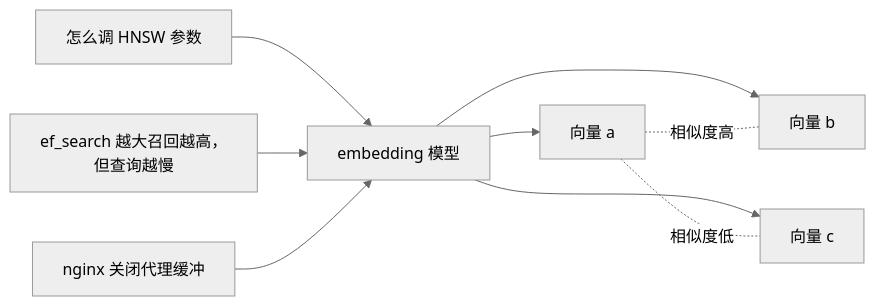
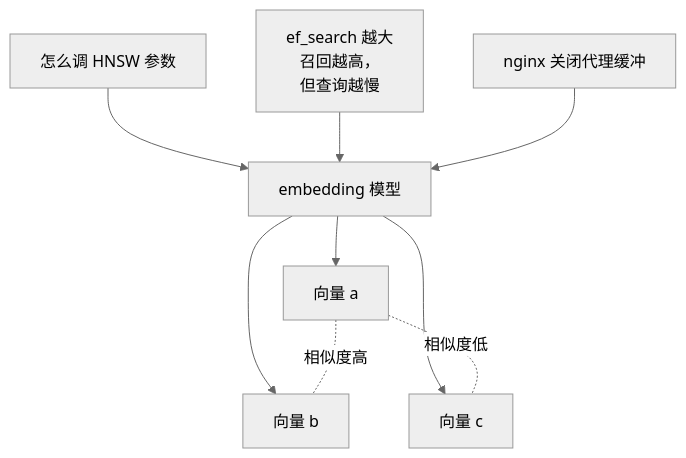
Before and after one commit to jarvis-pro/hatch-shelf: the first of 2 diagrams in books/rag-systems/02-embeddings.md, drawn with Mermaid (neutral theme). The commit also changed other lines of this file and 432 other files, not shown here.

````diff
--- a/books/rag-systems/02-embeddings.md
+++ b/books/rag-systems/02-embeddings.md
@@ -18,11 +18,11 @@
 ```mermaid
-flowchart LR
+flowchart TD
   A["怎么调 HNSW 参数"] --> M[embedding 模型]
-  B["ef_search 越大召回越高，<br/>但查询越慢"] --> M
+  B["ef_search 越大<br/>召回越高，<br/>但查询越慢"] --> M
   C["nginx 关闭代理缓冲"] --> M
   M --> VA[向量 a]
   M --> VB[向量 b]
   M --> VC[向量 c]
   VA -.相似度高.- VB
   VA -.相似度低.- VC
 ```
````
